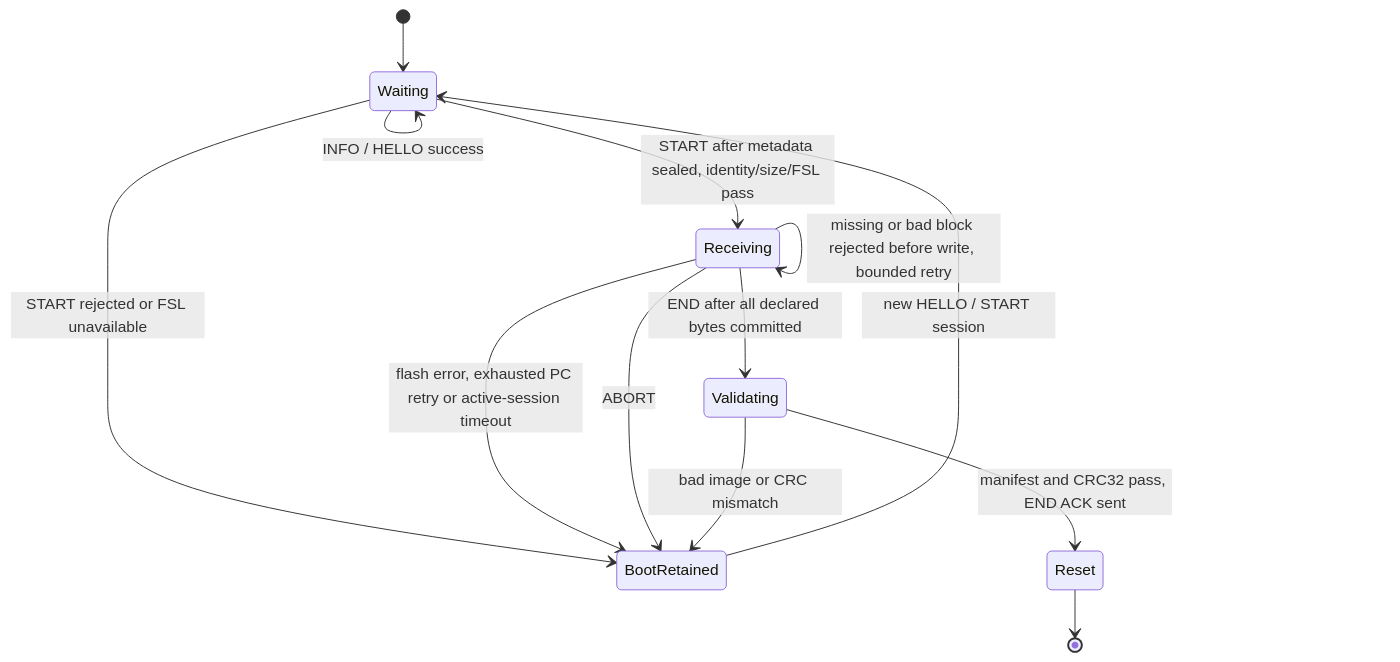
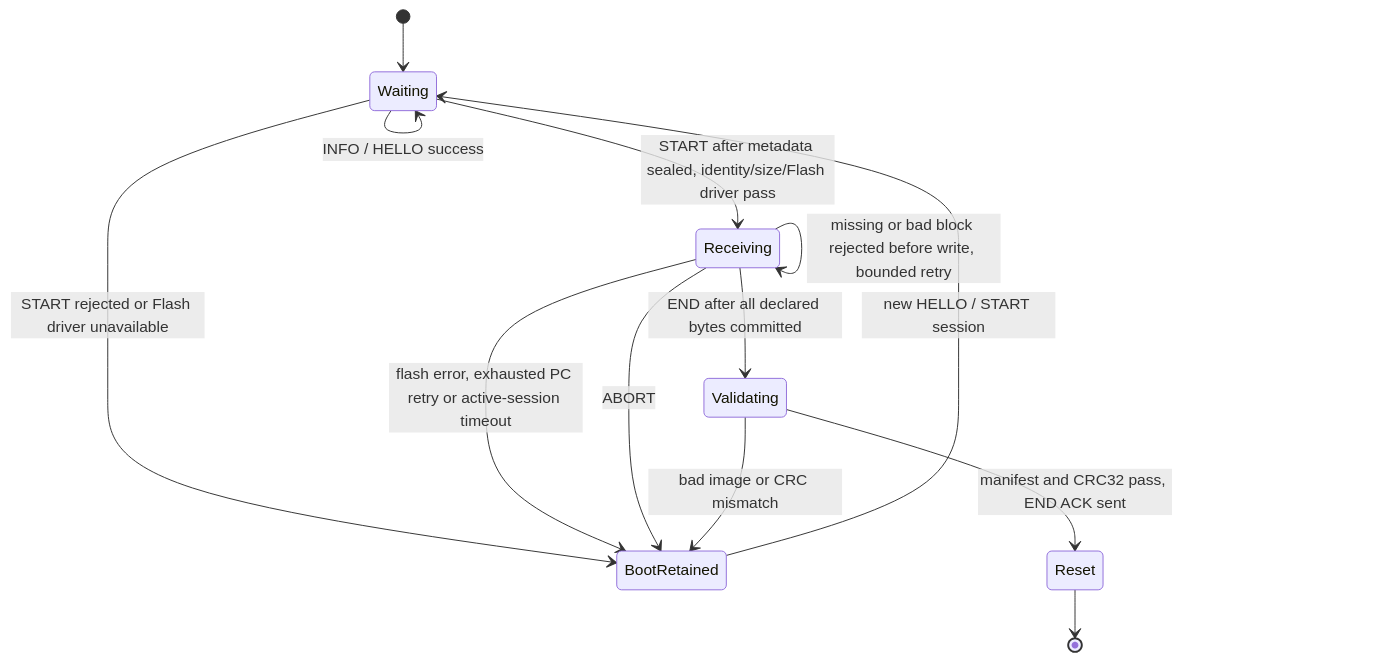
Before and after one commit to released/simple_renesas_isp_tool: the eighth of 10 diagrams in docs/F13_BOOT_UPDATE_FLOW_zh-TW.md, drawn with Mermaid. The commit also changed other lines of this file and 41 other files, not shown here.

````diff
--- a/docs/F13_BOOT_UPDATE_FLOW_zh-TW.md
+++ b/docs/F13_BOOT_UPDATE_FLOW_zh-TW.md
@@ -451,17 +346,17 @@
 ```mermaid
 stateDiagram-v2
     [*] --> Waiting
     Waiting --> Waiting: INFO / HELLO success
-    Waiting --> Receiving: START after metadata sealed, identity/size/FSL pass
-    Waiting --> BootRetained: START rejected or FSL unavailable
+    Waiting --> Receiving: START after metadata sealed, identity/size/Flash driver pass
+    Waiting --> BootRetained: START rejected or Flash driver unavailable
     Receiving --> Receiving: full block bitmap and CRC pass, write then ACK
     Receiving --> Receiving: last committed block replay, verify Flash without rewrite
     Receiving --> Receiving: missing or bad block rejected before write, bounded retry
     Receiving --> BootRetained: flash error, exhausted PC retry or active-session timeout
     Receiving --> Validating: END after all declared bytes committed
     Receiving --> BootRetained: ABORT
     Validating --> Reset: manifest and CRC32 pass, END ACK sent
     Validating --> BootRetained: bad image or CRC mismatch
     Reset --> [*]
     BootRetained --> Waiting: new HELLO / START session
 ```
````
